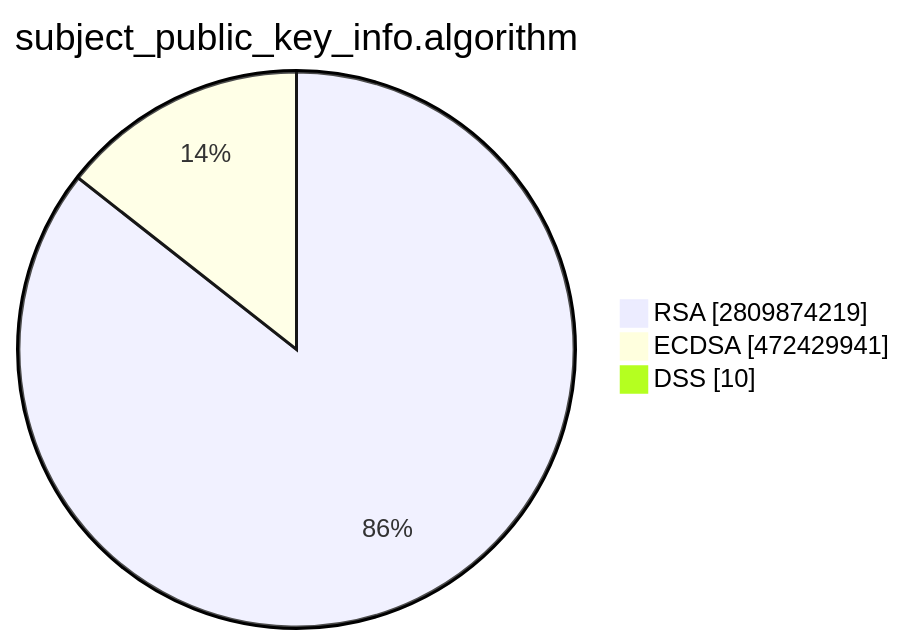
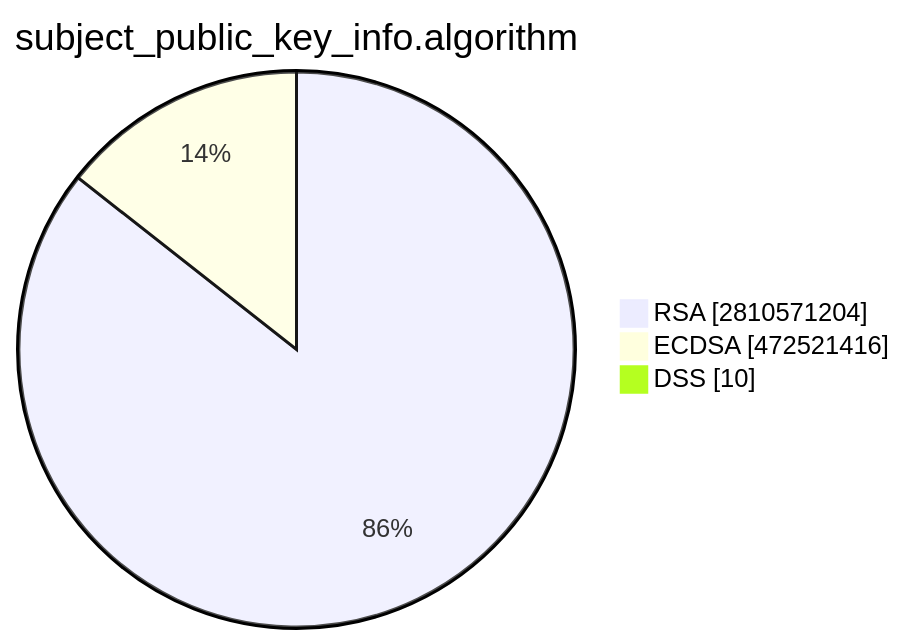
The second of 15 diagrams in TOTAL/README.md (christiankrug/ctmonitor_visualization), drawn with Mermaid before and after one commit. The commit also changed other lines of this file, not shown here.

````diff
--- a/TOTAL/README.md
+++ b/TOTAL/README.md
@@ -6,7 +6,7 @@
 ```mermaid
 pie showData
 title subject_public_key_info.algorithm
-"RSA" :2809874219
-"ECDSA" :472429941
+"RSA" :2810571204
+"ECDSA" :472521416
 "DSS" :10
 ```
````
